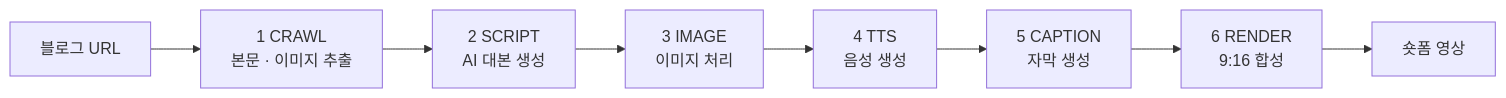
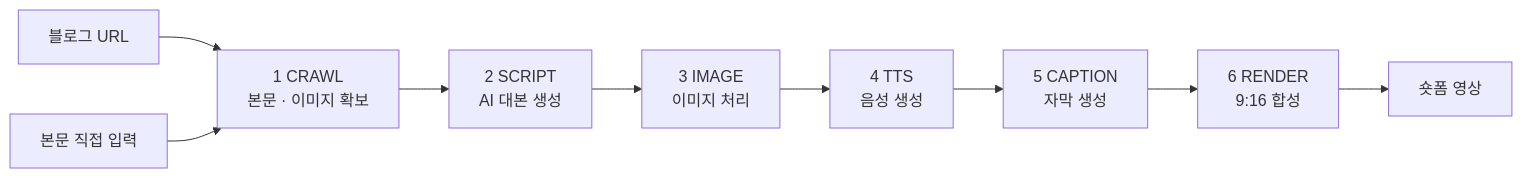
One commit to Reel-ay/Reelay changed the first of 2 diagrams in README.md. Above: the diagram before and after it, drawn with Mermaid. The commit also changed other lines of this file and 2 other files, not shown here.

````diff
--- a/README.md
+++ b/README.md
@@ -14,13 +16,16 @@
 ```mermaid
 flowchart LR
-    IN["블로그 URL"]
-    S1["1 CRAWL<br/>본문 · 이미지 추출"]
+    IN1["블로그 URL"]
+    IN2["본문 직접 입력"]
+    S1["1 CRAWL<br/>본문 · 이미지 확보"]
     S2["2 SCRIPT<br/>AI 대본 생성"]
     S3["3 IMAGE<br/>이미지 처리"]
     S4["4 TTS<br/>음성 생성"]
     S5["5 CAPTION<br/>자막 생성"]
     S6["6 RENDER<br/>9:16 합성"]
     OUT["숏폼 영상"]
 
-    IN --> S1 --> S2 --> S3 --> S4 --> S5 --> S6 --> OUT
+    IN1 --> S1
+    IN2 --> S1
+    S1 --> S2 --> S3 --> S4 --> S5 --> S6 --> OUT
 ```
````
